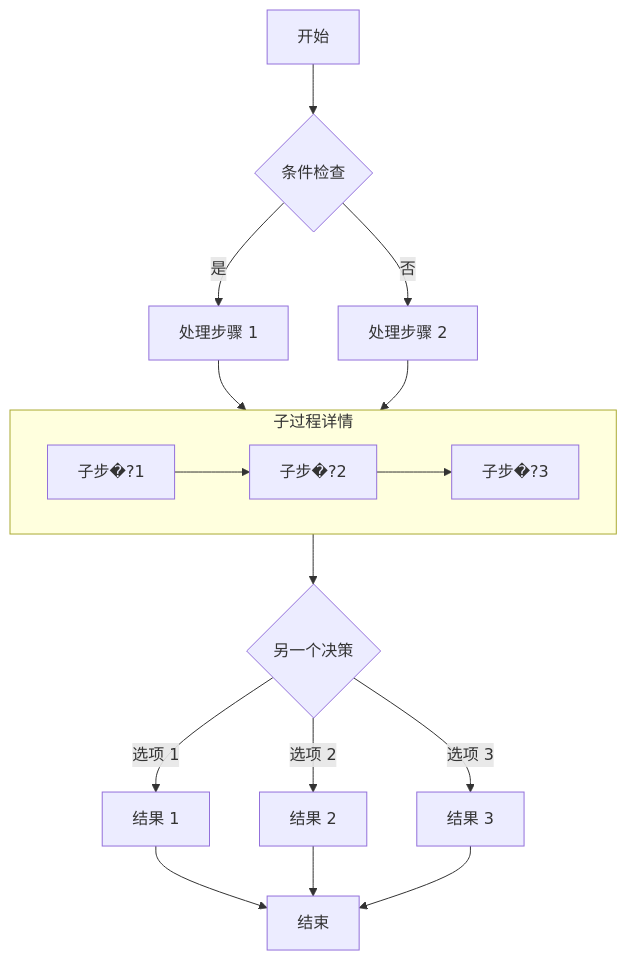
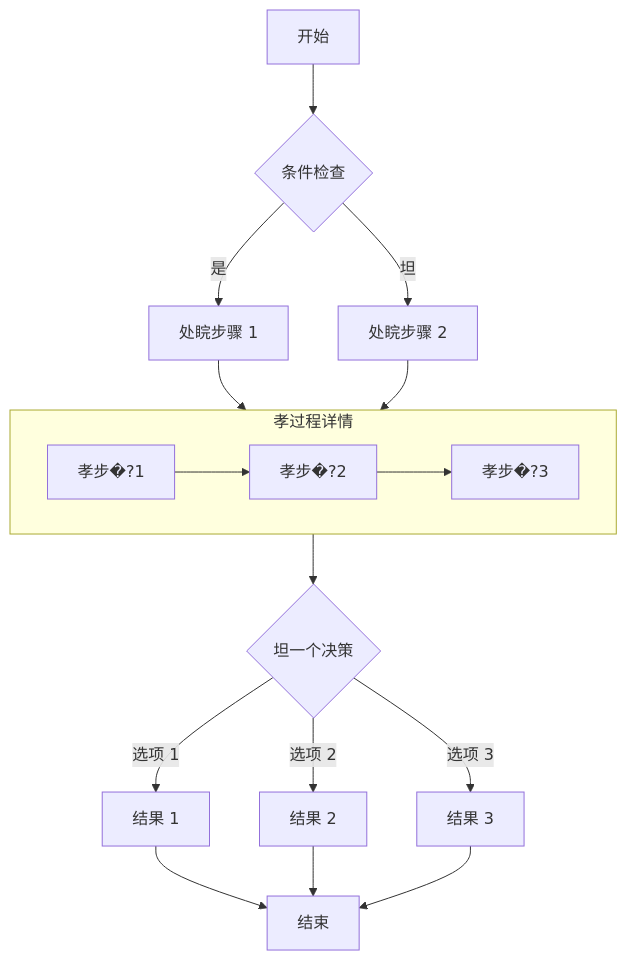
The diagram in src/content/posts/encrypted-demo.md (Mical-517/Firefly-blog), drawn with Mermaid before and after one commit. The commit also changed other lines of this file and 12 other files, not shown here.

````diff
--- a/src/content/posts/encrypted-demo.md
+++ b/src/content/posts/encrypted-demo.md
@@ -80,19 +81,19 @@
 ```mermaid
 graph TD
     A[开始] --> B{条件检查}
-    B -->|是| C[处理步骤 1]
-    B -->|否| D[处理步骤 2]
-    C --> E[子过程]
+    B -->|是| C[处睆步骤 1]
+    B -->|坦| D[处睆步骤 2]
+    C --> E[孝过程]
     D --> E
-    subgraph E [子过程详情]
-        E1[子步�?1] --> E2[子步�?2]
-        E2 --> E3[子步�?3]
+    subgraph E [孝过程详情]
+        E1[孝步�?1] --> E2[孝步�?2]
+        E2 --> E3[孝步�?3]
     end
-    E --> F{另一个决策}
+    E --> F{坦一个决策}
     F -->|选项 1| G[结果 1]
     F -->|选项 2| H[结果 2]
     F -->|选项 3| I[结果 3]
     G --> J[结束]
     H --> J
     I --> J
 ```
````
